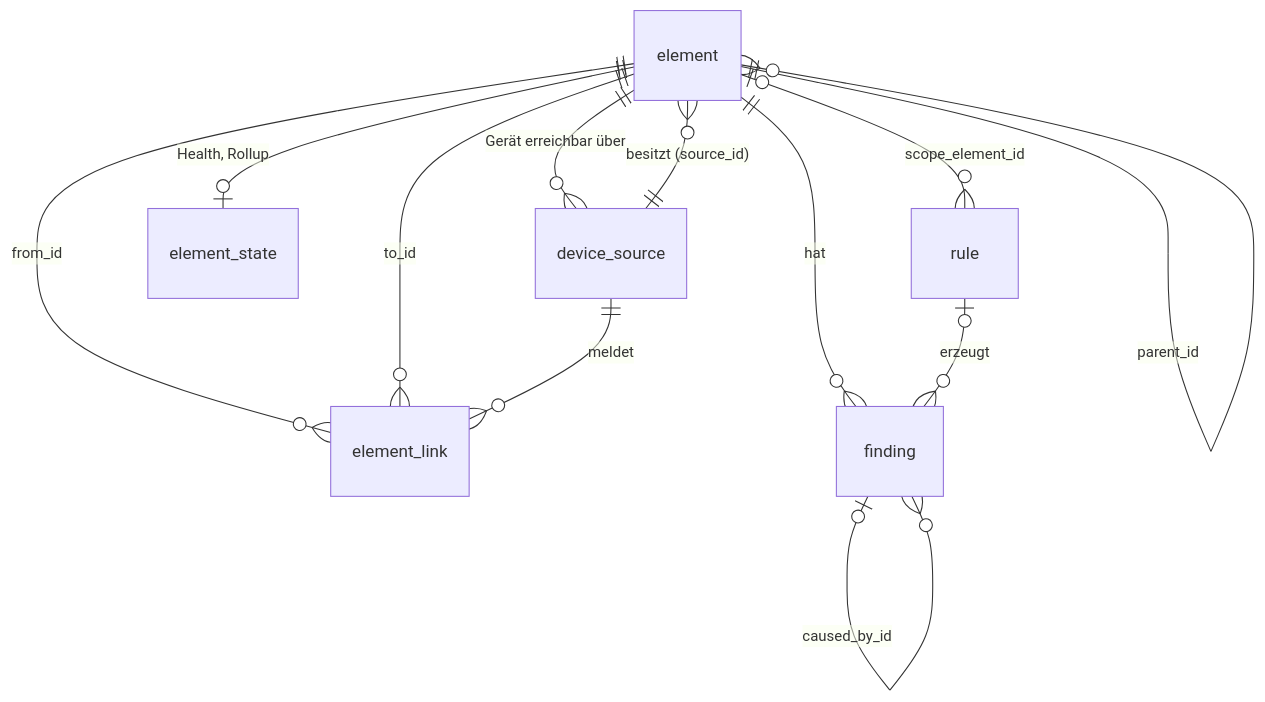
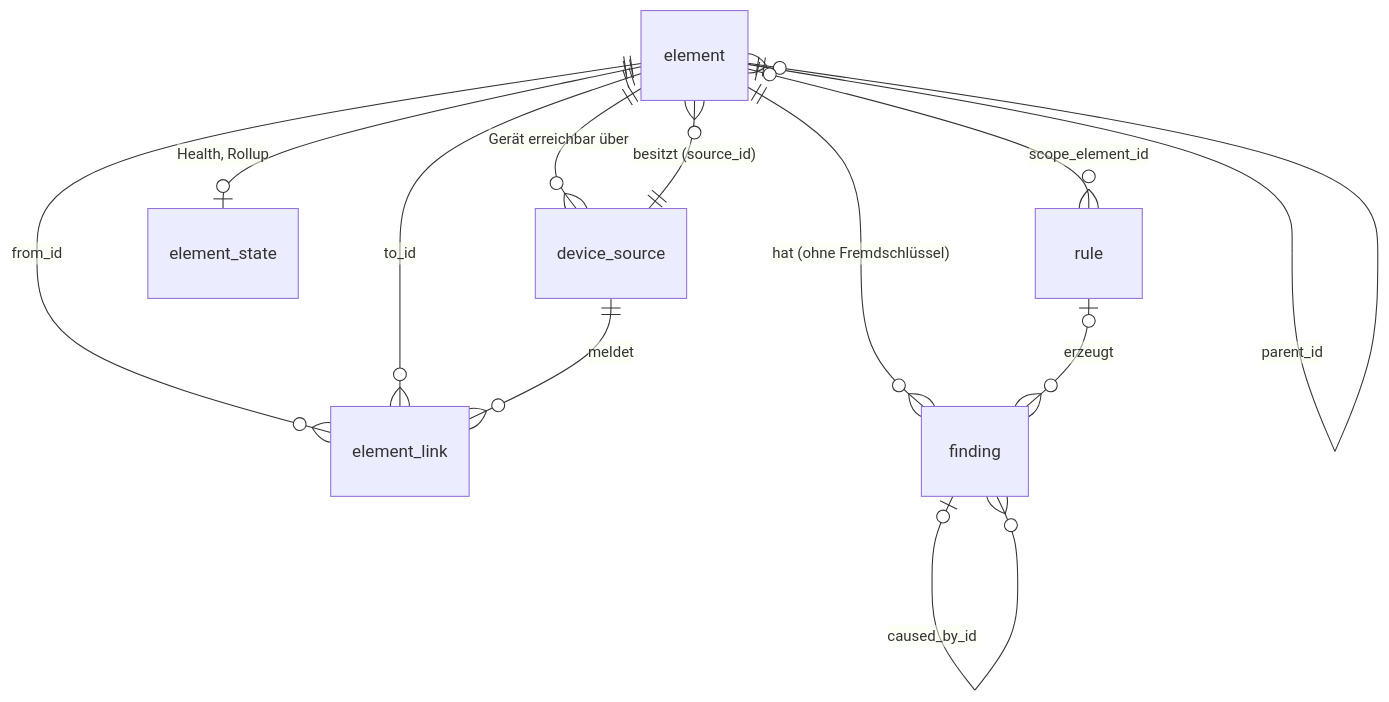
One commit to lukirs95/monika changed the second of 3 diagrams in docs/ARCHITECTURE.md. Above: the diagram before and after it, drawn with Mermaid. The commit also changed other lines of this file and 1 other file, not shown here.

First line of the commit message:
docs: apply architecture audit to ARCHITECTURE and README

````diff
--- a/docs/ARCHITECTURE.md
+++ b/docs/ARCHITECTURE.md
@@ -779,18 +831,18 @@
 ```mermaid
 erDiagram
   element ||--o{ device_source : "Gerät erreichbar über"
   element ||--o{ element : "device_id"
   element ||--o{ element : "parent_id"
   device_source ||--o{ element : "besitzt (source_id)"
 
   element ||--o{ element_link : "from_id"
   element ||--o{ element_link : "to_id"
   device_source ||--o{ element_link : "meldet"
 
   element ||--o| element_state : "Health, Rollup"
 
   element |o--o{ rule : "scope_element_id"
-  element ||--o{ finding : "hat"
+  element ||--o{ finding : "hat (ohne Fremdschlüssel)"
   rule |o--o{ finding : "erzeugt"
   finding |o--o{ finding : "caused_by_id"
 ```
````
